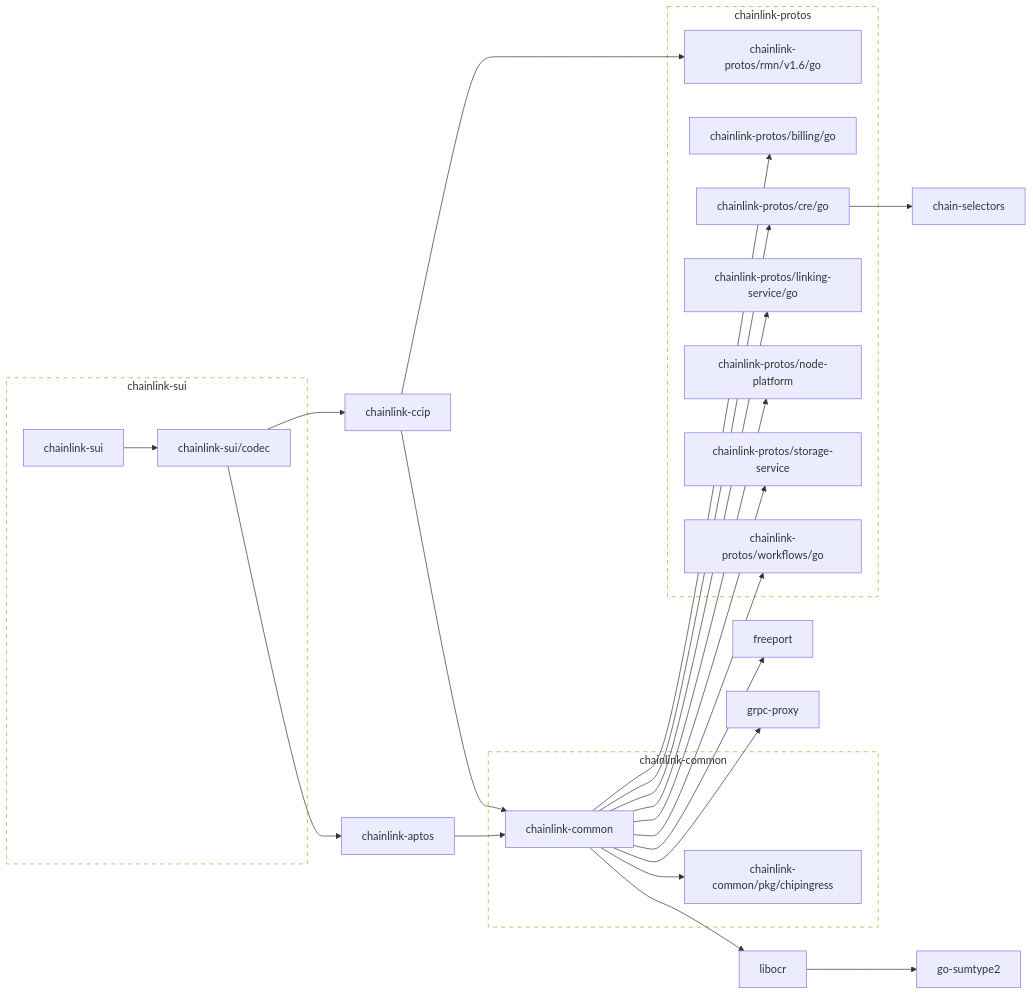
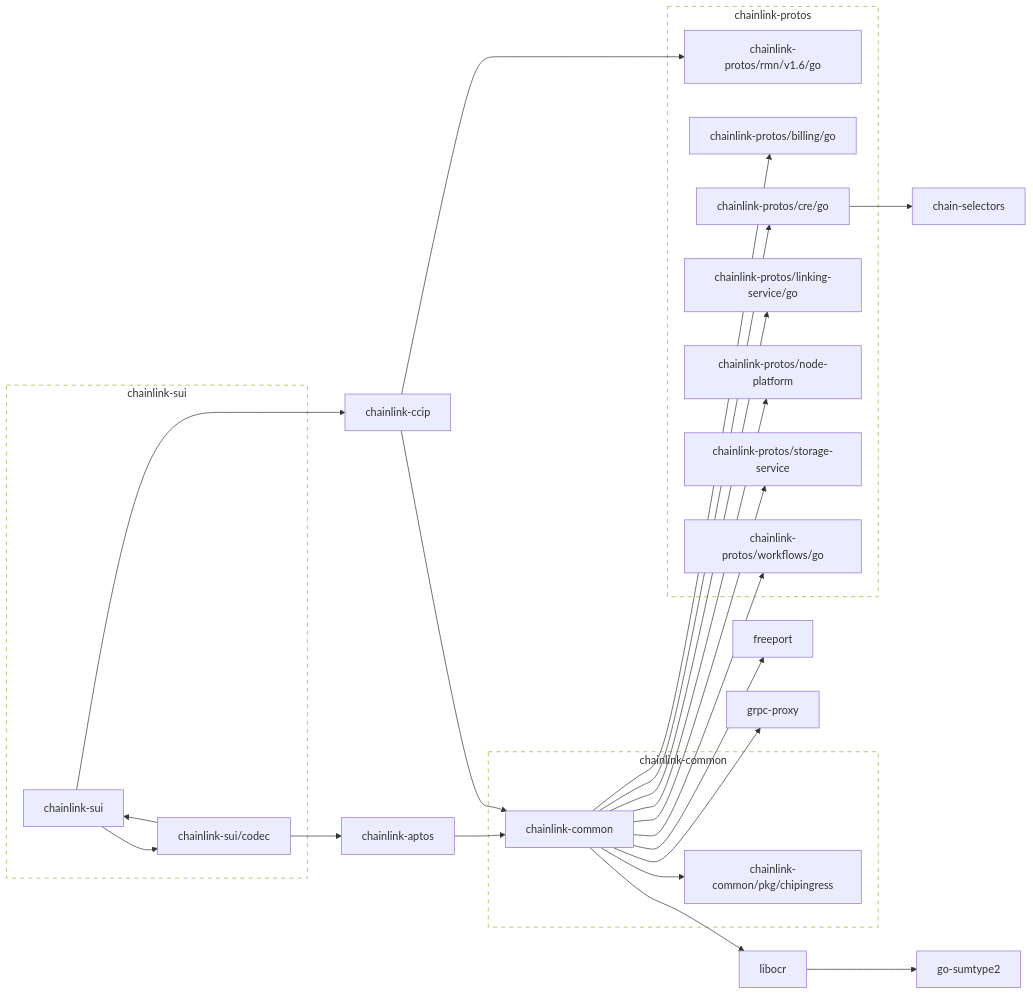
One commit to smartcontractkit/chainlink-sui changed the first of 2 diagrams in go.md. Above: the diagram before and after it, drawn with Mermaid. The commit also changed other lines of this file and 2 other files, not shown here.

````diff
--- a/go.md
+++ b/go.md
@@ -3,77 +3,78 @@
 ```mermaid
 flowchart LR
 
 	chain-selectors
 	click chain-selectors href "https://github.com/smartcontractkit/chain-selectors"
 	chainlink-aptos --> chainlink-common
 	click chainlink-aptos href "https://github.com/smartcontractkit/chainlink-aptos"
 	chainlink-ccip --> chainlink-common
 	chainlink-ccip --> chainlink-protos/rmn/v1.6/go
 	click chainlink-ccip href "https://github.com/smartcontractkit/chainlink-ccip"
 	chainlink-common --> chainlink-common/pkg/chipingress
 	chainlink-common --> chainlink-protos/billing/go
 	chainlink-common --> chainlink-protos/cre/go
 	chainlink-common --> chainlink-protos/linking-service/go
 	chainlink-common --> chainlink-protos/node-platform
 	chainlink-common --> chainlink-protos/storage-service
 	chainlink-common --> chainlink-protos/workflows/go
 	chainlink-common --> freeport
 	chainlink-common --> grpc-proxy
 	chainlink-common --> libocr
 	click chainlink-common href "https://github.com/smartcontractkit/chainlink-common"
 	chainlink-common/pkg/chipingress
 	click chainlink-common/pkg/chipingress href "https://github.com/smartcontractkit/chainlink-common"
 	chainlink-protos/billing/go
 	click chainlink-protos/billing/go href "https://github.com/smartcontractkit/chainlink-protos"
 	chainlink-protos/cre/go --> chain-selectors
 	click chainlink-protos/cre/go href "https://github.com/smartcontractkit/chainlink-protos"
 	chainlink-protos/linking-service/go
 	click chainlink-protos/linking-service/go href "https://github.com/smartcontractkit/chainlink-protos"
 	chainlink-protos/node-platform
 	click chainlink-protos/node-platform href "https://github.com/smartcontractkit/chainlink-protos"
 	chainlink-protos/rmn/v1.6/go
 	click chainlink-protos/rmn/v1.6/go href "https://github.com/smartcontractkit/chainlink-protos"
 	chainlink-protos/storage-service
 	click chainlink-protos/storage-service href "https://github.com/smartcontractkit/chainlink-protos"
 	chainlink-protos/workflows/go
 	click chainlink-protos/workflows/go href "https://github.com/smartcontractkit/chainlink-protos"
+	chainlink-sui --> chainlink-ccip
 	chainlink-sui --> chainlink-sui/codec
 	click chainlink-sui href "https://github.com/smartcontractkit/chainlink-sui"
 	chainlink-sui/codec --> chainlink-aptos
-	chainlink-sui/codec --> chainlink-ccip
+	chainlink-sui/codec --> chainlink-sui
 	click chainlink-sui/codec href "https://github.com/smartcontractkit/chainlink-sui"
 	freeport
 	click freeport href "https://github.com/smartcontractkit/freeport"
 	go-sumtype2
 	click go-sumtype2 href "https://github.com/smartcontractkit/go-sumtype2"
 	grpc-proxy
 	click grpc-proxy href "https://github.com/smartcontractkit/grpc-proxy"
 	libocr --> go-sumtype2
 	click libocr href "https://github.com/smartcontractkit/libocr"
 
 	subgraph chainlink-common-repo[chainlink-common]
 		 chainlink-common
 		 chainlink-common/pkg/chipingress
 	end
 	click chainlink-common-repo href "https://github.com/smartcontractkit/chainlink-common"
 
 	subgraph chainlink-protos-repo[chainlink-protos]
 		 chainlink-protos/billing/go
 		 chainlink-protos/cre/go
 		 chainlink-protos/linking-service/go
 		 chainlink-protos/node-platform
 		 chainlink-protos/rmn/v1.6/go
 		 chainlink-protos/storage-service
 		 chainlink-protos/workflows/go
 	end
 	click chainlink-protos-repo href "https://github.com/smartcontractkit/chainlink-protos"
 
 	subgraph chainlink-sui-repo[chainlink-sui]
 		 chainlink-sui
 		 chainlink-sui/codec
 	end
 	click chainlink-sui-repo href "https://github.com/smartcontractkit/chainlink-sui"
 
 	classDef outline stroke-dasharray:6,fill:none;
 	class chainlink-common-repo,chainlink-protos-repo,chainlink-sui-repo outline
 ```
````
